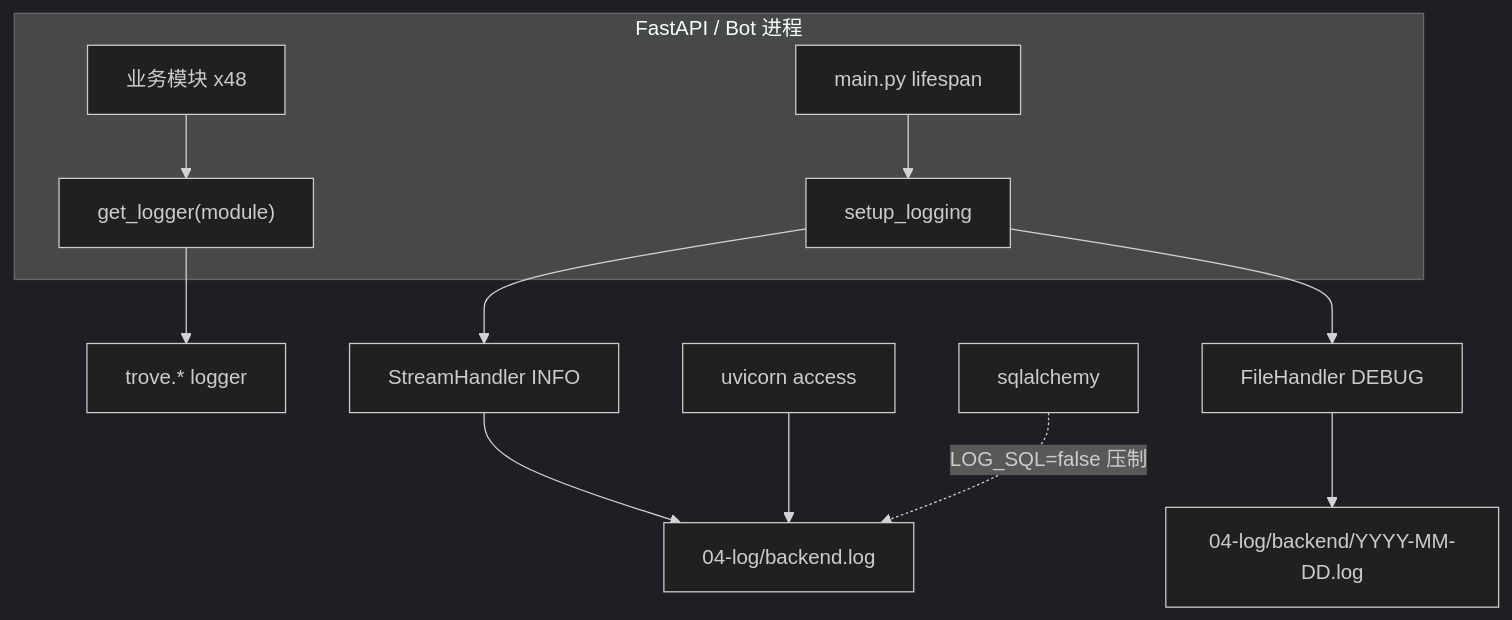
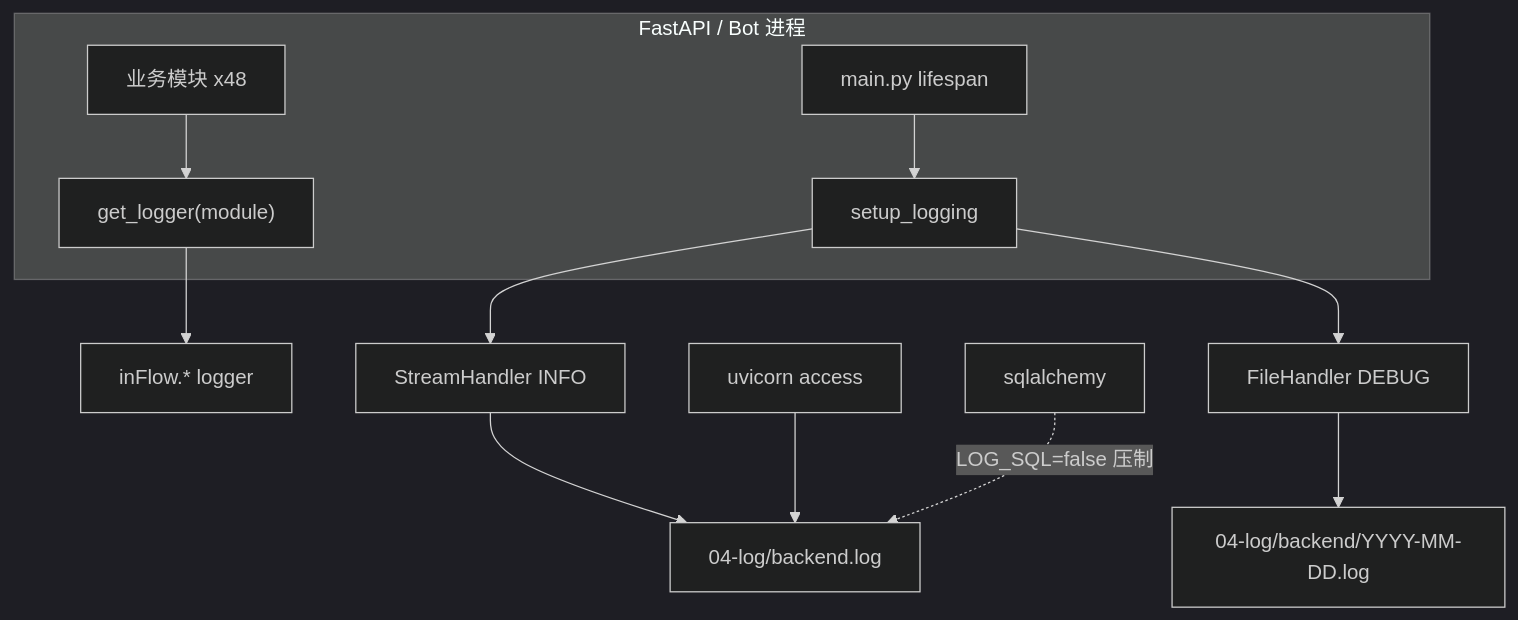
Before and after one commit to ugibb/inFlow-AI: the diagram in 02-docs/20260623_06_日志系统重构方案.md, drawn with Mermaid (dark theme). The commit also changed other lines of this file and 96 other files, not shown here.

````diff
--- a/02-docs/20260623_06_日志系统重构方案.md
+++ b/02-docs/20260623_06_日志系统重构方案.md
@@ -127,22 +127,22 @@
 ```mermaid
 flowchart TB
     subgraph App["FastAPI / Bot 进程"]
         ML[main.py lifespan]
         LC[setup_logging]
         GL["get_logger(module)"]
         BL[业务模块 x48]
     end
 
     ML --> LC
     BL --> GL
-    GL --> TR["trove.* logger"]
+    GL --> TR["inFlow.* logger"]
 
     LC --> SH[StreamHandler INFO]
     LC --> FH[FileHandler DEBUG]
 
     SH --> RAW["04-log/backend.log"]
     FH --> DAILY["04-log/backend/YYYY-MM-DD.log"]
 
     UV[uvicorn access] --> RAW
     SQL[sqlalchemy] -.->|LOG_SQL=false 压制| RAW
 ```
````
